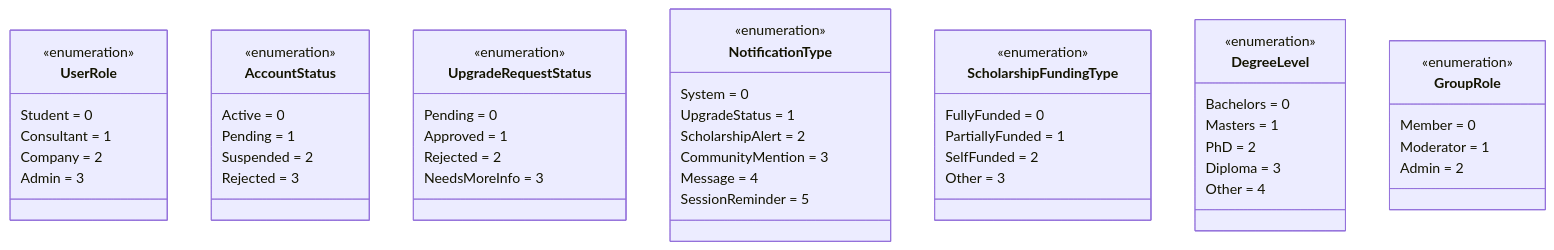
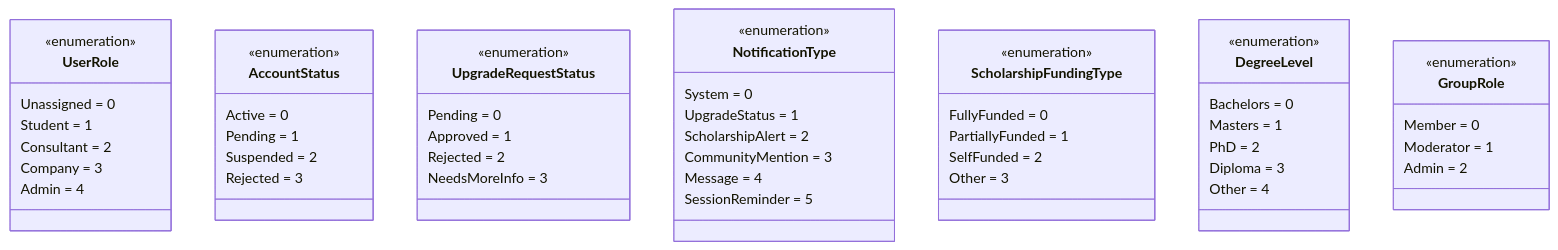
One commit to ma7moudalysalem/ScholarPath changed the second of 3 diagrams in docs/class-diagram.md. Above: the diagram before and after it, drawn with Mermaid. The commit also changed 6 other files, not shown here.

````diff
--- a/docs/class-diagram.md
+++ b/docs/class-diagram.md
@@ -302,60 +302,61 @@
 ```mermaid
 classDiagram
     class UserRole {
         <<enumeration>>
-        Student = 0
-        Consultant = 1
-        Company = 2
-        Admin = 3
+        Unassigned = 0
+        Student = 1
+        Consultant = 2
+        Company = 3
+        Admin = 4
     }
 
     class AccountStatus {
         <<enumeration>>
         Active = 0
         Pending = 1
         Suspended = 2
         Rejected = 3
     }
 
     class UpgradeRequestStatus {
         <<enumeration>>
         Pending = 0
         Approved = 1
         Rejected = 2
         NeedsMoreInfo = 3
     }
 
     class NotificationType {
         <<enumeration>>
         System = 0
         UpgradeStatus = 1
         ScholarshipAlert = 2
         CommunityMention = 3
         Message = 4
         SessionReminder = 5
     }
 
     class ScholarshipFundingType {
         <<enumeration>>
         FullyFunded = 0
         PartiallyFunded = 1
         SelfFunded = 2
         Other = 3
     }
 
     class DegreeLevel {
         <<enumeration>>
         Bachelors = 0
         Masters = 1
         PhD = 2
         Diploma = 3
         Other = 4
     }
 
     class GroupRole {
         <<enumeration>>
         Member = 0
         Moderator = 1
         Admin = 2
     }
 ```
````
